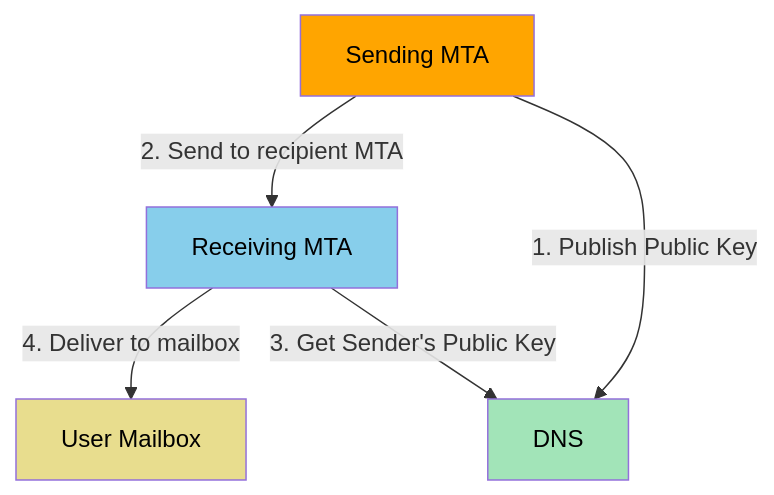
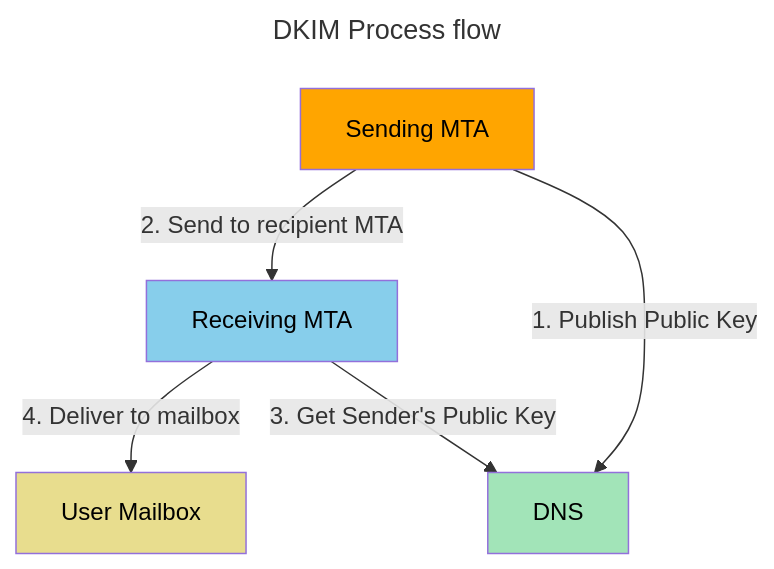
Before and after one commit to KumoCorp/kumomta: the diagram in docs/guide/subs/dkim.md, drawn with Mermaid. The commit also changed other lines of this file and 9 other files, not shown here.

````diff
--- a/docs/guide/subs/dkim.md
+++ b/docs/guide/subs/dkim.md
@@ -20,16 +20,20 @@
 ```mermaid
+---
+title: DKIM Process flow
+---
 graph TD
     SMTA["Sending MTA"]
     RMTA["Receiving MTA"]
     MBOX["User Mailbox"]
     DNS
     SMTA -- 2. Send to recipient MTA --> RMTA
     RMTA -- 4. Deliver to mailbox --> MBOX
     SMTA -- 1. Publish Public Key --> DNS
     RMTA -- 3. Get Sender's Public Key --> DNS
 
    style SMTA fill:orange,color:black
    style RMTA fill:skyblue,color:black
    style DNS fill:#A2E4B8,color:black
    style MBOX fill:#E8DD8E,color:black
+
 ```
````
